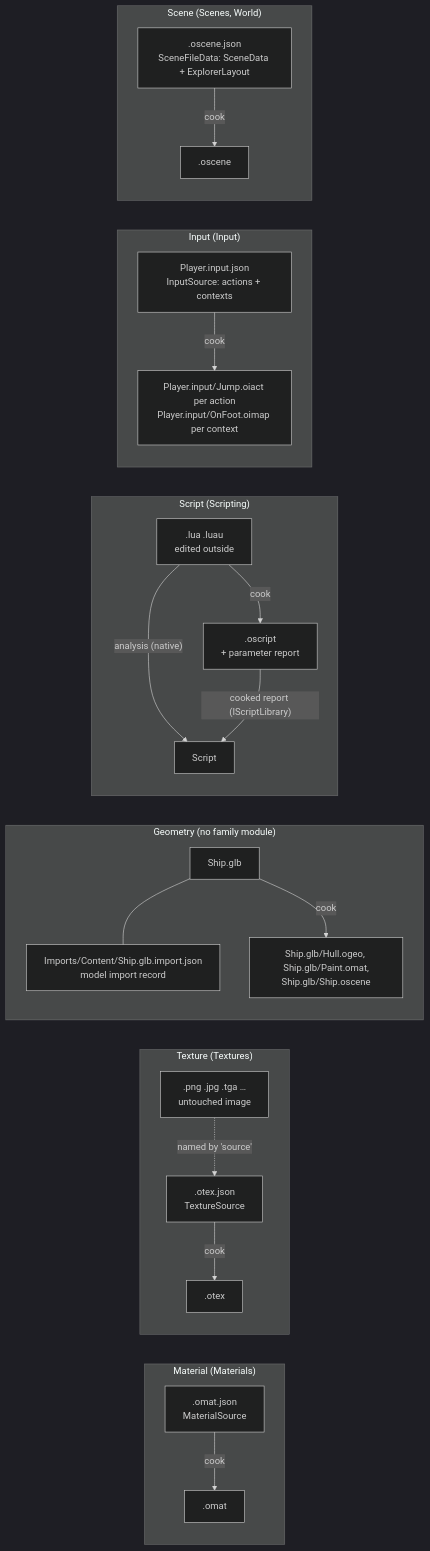
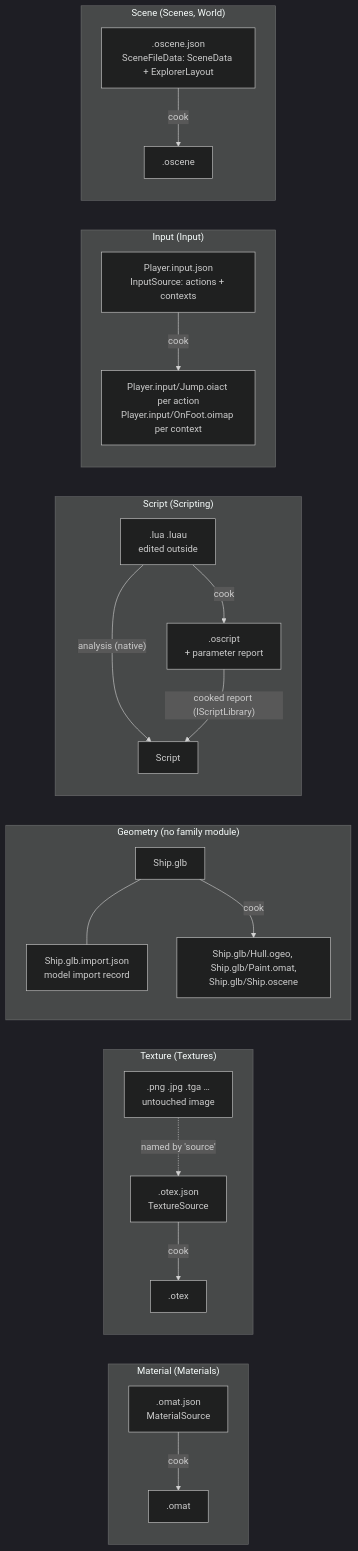
The second of 4 diagrams in design/editor/lld/asset-family-modules.md (abdes/DroidNet), drawn with Mermaid (dark theme) before and after one commit. The commit also changed 60 other files, not shown here.

First line of the commit message:
feat(models): keep a model's import record at its identity in its mount

````diff
--- a/design/editor/lld/asset-family-modules.md
+++ b/design/editor/lld/asset-family-modules.md
@@ -318,27 +318,27 @@
 ```mermaid
 flowchart LR
     subgraph material["Material (Materials)"]
         M1[".omat.json<br/>MaterialSource"] -->|cook| M2[".omat"]
     end
     subgraph texture["Texture (Textures)"]
         T0[".png .jpg .tga …<br/>untouched image"]
         T1[".otex.json<br/>TextureSource"]
         T0 -.->|"named by 'source'"| T1
         T1 -->|cook| T2[".otex"]
     end
     subgraph geometry["Geometry (no family module)"]
-        G0["Ship.glb"] --- G1["Imports/Content/Ship.glb.import.json<br/>model import record"]
+        G0["Ship.glb"] --- G1["Ship.glb.import.json<br/>model import record"]
         G0 -->|cook| G2["Ship.glb/Hull.ogeo, Ship.glb/Paint.omat,<br/>Ship.glb/Ship.oscene"]
     end
     subgraph script["Script (Scripting)"]
         S0[".lua .luau<br/>edited outside"] -->|"analysis (native)"| S1["Script"]
         S0 -->|cook| S2[".oscript<br/>+ parameter report"]
         S2 -->|"cooked report (IScriptLibrary)"| S1
     end
     subgraph input["Input (Input)"]
         I0["Player.input.json<br/>InputSource: actions + contexts"] -->|cook| I1["Player.input/Jump.oiact per action<br/>Player.input/OnFoot.oimap per context"]
     end
     subgraph scene["Scene (Scenes, World)"]
         SC0[".oscene.json<br/>SceneFileData: SceneData + ExplorerLayout"] -->|cook| SC1[".oscene"]
     end
 ```
````
